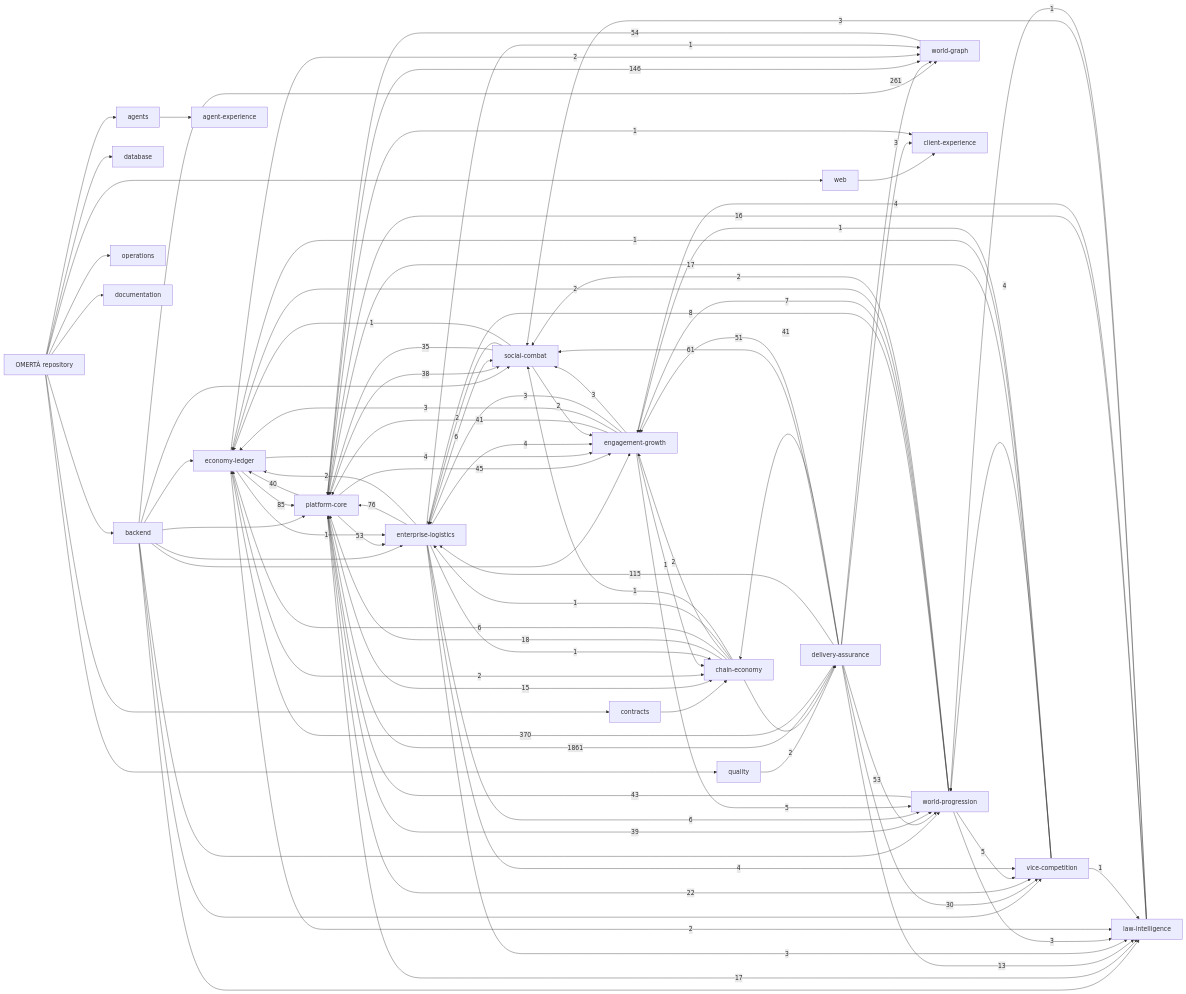
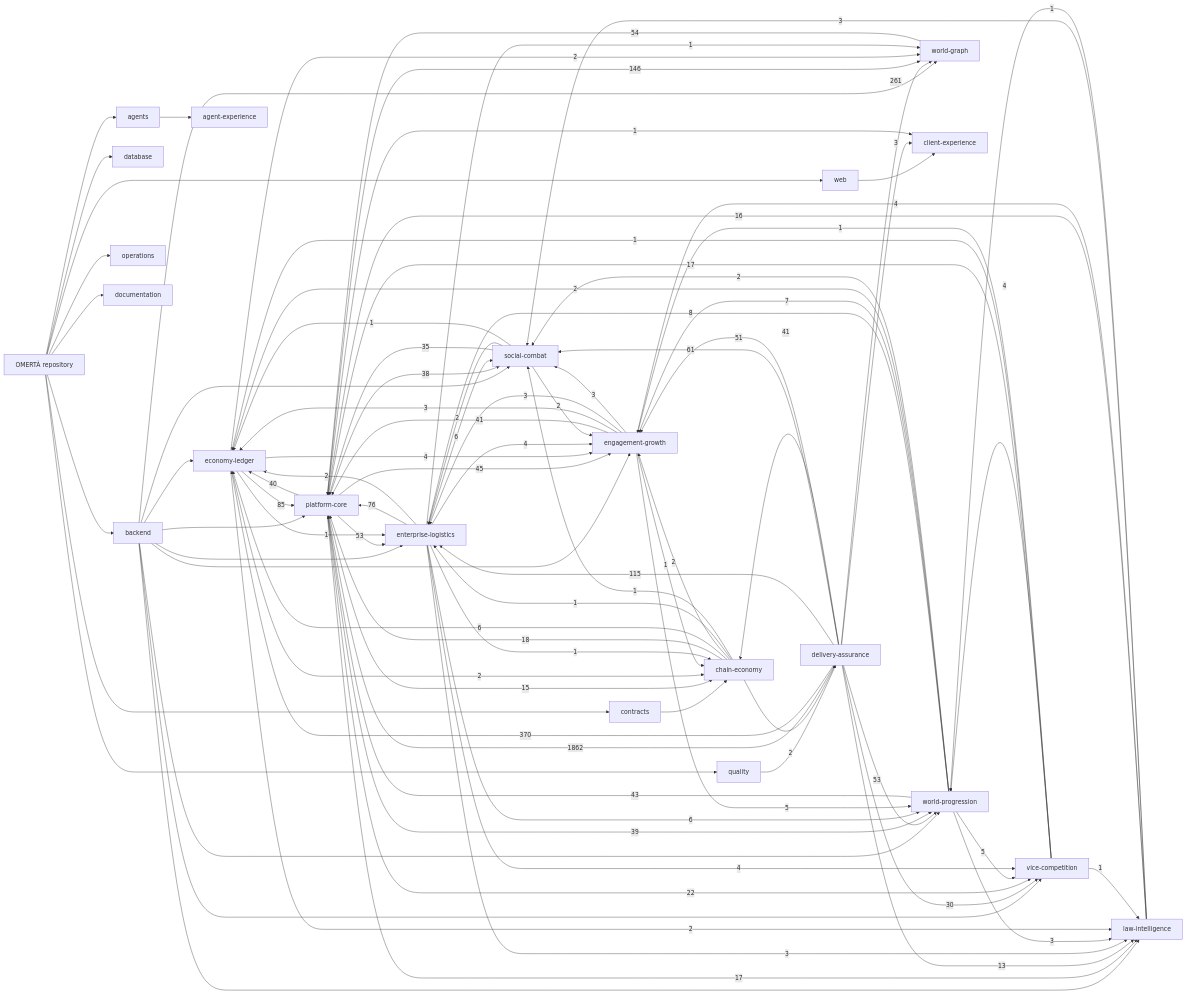
One commit to OmertaDev/Omerta changed the diagram in knowledge/generated/graph.mmd. Above: the diagram before and after it, drawn with Mermaid. The commit also changed 5 other files, not shown here.

```diff
--- a/knowledge/generated/graph.mmd
+++ b/knowledge/generated/graph.mmd
@@ -1,113 +1,113 @@
 flowchart LR
   repo["OMERTÀ repository"]
   sub_backend["backend"]
   repo --> sub_backend
   sub_database["database"]
   repo --> sub_database
   sub_web["web"]
   repo --> sub_web
   sub_contracts["contracts"]
   repo --> sub_contracts
   sub_agents["agents"]
   repo --> sub_agents
   sub_quality["quality"]
   repo --> sub_quality
   sub_operations["operations"]
   repo --> sub_operations
   sub_documentation["documentation"]
   repo --> sub_documentation
   dom_platform-core["platform-core"]
   dom_economy-ledger["economy-ledger"]
   dom_social-combat["social-combat"]
   dom_world-progression["world-progression"]
   dom_world-graph["world-graph"]
   dom_enterprise-logistics["enterprise-logistics"]
   dom_vice-competition["vice-competition"]
   dom_law-intelligence["law-intelligence"]
   dom_chain-economy["chain-economy"]
   dom_engagement-growth["engagement-growth"]
   dom_client-experience["client-experience"]
   dom_agent-experience["agent-experience"]
   dom_delivery-assurance["delivery-assurance"]
   sub_agents --> dom_agent-experience
   sub_backend --> dom_economy-ledger
   sub_backend --> dom_engagement-growth
   sub_backend --> dom_enterprise-logistics
   sub_backend --> dom_law-intelligence
   sub_backend --> dom_platform-core
   sub_backend --> dom_social-combat
   sub_backend --> dom_vice-competition
   sub_backend --> dom_world-graph
   sub_backend --> dom_world-progression
   sub_contracts --> dom_chain-economy
   sub_quality --> dom_delivery-assurance
   sub_web --> dom_client-experience
-  dom_delivery-assurance -->|1861| dom_platform-core
+  dom_delivery-assurance -->|1862| dom_platform-core
   dom_delivery-assurance -->|370| dom_economy-ledger
   dom_delivery-assurance -->|261| dom_world-graph
   dom_platform-core -->|146| dom_world-graph
   dom_delivery-assurance -->|115| dom_enterprise-logistics
   dom_economy-ledger -->|85| dom_platform-core
   dom_enterprise-logistics -->|76| dom_platform-core
   dom_delivery-assurance -->|61| dom_social-combat
   dom_world-graph -->|54| dom_platform-core
   dom_delivery-assurance -->|53| dom_world-progression
   dom_platform-core -->|53| dom_enterprise-logistics
   dom_delivery-assurance -->|51| dom_engagement-growth
   dom_platform-core -->|45| dom_engagement-growth
   dom_world-progression -->|43| dom_platform-core
   dom_delivery-assurance -->|41| dom_chain-economy
   dom_engagement-growth -->|41| dom_platform-core
   dom_platform-core -->|40| dom_economy-ledger
   dom_platform-core -->|39| dom_world-progression
   dom_platform-core -->|38| dom_social-combat
   dom_social-combat -->|35| dom_platform-core
   dom_delivery-assurance -->|30| dom_vice-competition
   dom_platform-core -->|22| dom_vice-competition
   dom_chain-economy -->|18| dom_platform-core
   dom_platform-core -->|17| dom_law-intelligence
   dom_vice-competition -->|17| dom_platform-core
   dom_law-intelligence -->|16| dom_platform-core
   dom_platform-core -->|15| dom_chain-economy
   dom_delivery-assurance -->|13| dom_law-intelligence
   dom_world-progression -->|8| dom_enterprise-logistics
   dom_world-progression -->|7| dom_engagement-growth
   dom_chain-economy -->|6| dom_economy-ledger
   dom_enterprise-logistics -->|6| dom_social-combat
   dom_enterprise-logistics -->|6| dom_world-progression
   dom_engagement-growth -->|5| dom_world-progression
   dom_world-progression -->|5| dom_vice-competition
   dom_economy-ledger -->|4| dom_engagement-growth
   dom_enterprise-logistics -->|4| dom_engagement-growth
   dom_enterprise-logistics -->|4| dom_vice-competition
   dom_law-intelligence -->|4| dom_engagement-growth
   dom_vice-competition -->|4| dom_world-progression
   dom_delivery-assurance -->|3| dom_client-experience
   dom_engagement-growth -->|3| dom_economy-ledger
   dom_engagement-growth -->|3| dom_enterprise-logistics
   dom_engagement-growth -->|3| dom_social-combat
   dom_enterprise-logistics -->|3| dom_law-intelligence
   dom_law-intelligence -->|3| dom_social-combat
   dom_world-progression -->|3| dom_law-intelligence
   dom_chain-economy -->|2| dom_delivery-assurance
   dom_chain-economy -->|2| dom_engagement-growth
   dom_economy-ledger -->|2| dom_chain-economy
   dom_economy-ledger -->|2| dom_law-intelligence
   dom_economy-ledger -->|2| dom_world-graph
   dom_enterprise-logistics -->|2| dom_economy-ledger
   dom_social-combat -->|2| dom_engagement-growth
   dom_social-combat -->|2| dom_enterprise-logistics
   dom_world-progression -->|2| dom_economy-ledger
   dom_world-progression -->|2| dom_social-combat
   dom_chain-economy -->|1| dom_enterprise-logistics
   dom_chain-economy -->|1| dom_social-combat
   dom_economy-ledger -->|1| dom_enterprise-logistics
   dom_engagement-growth -->|1| dom_chain-economy
   dom_enterprise-logistics -->|1| dom_chain-economy
   dom_enterprise-logistics -->|1| dom_world-graph
   dom_law-intelligence -->|1| dom_world-progression
   dom_platform-core -->|1| dom_client-experience
   dom_social-combat -->|1| dom_economy-ledger
   dom_vice-competition -->|1| dom_economy-ledger
   dom_vice-competition -->|1| dom_engagement-growth
   dom_vice-competition -->|1| dom_law-intelligence
```
